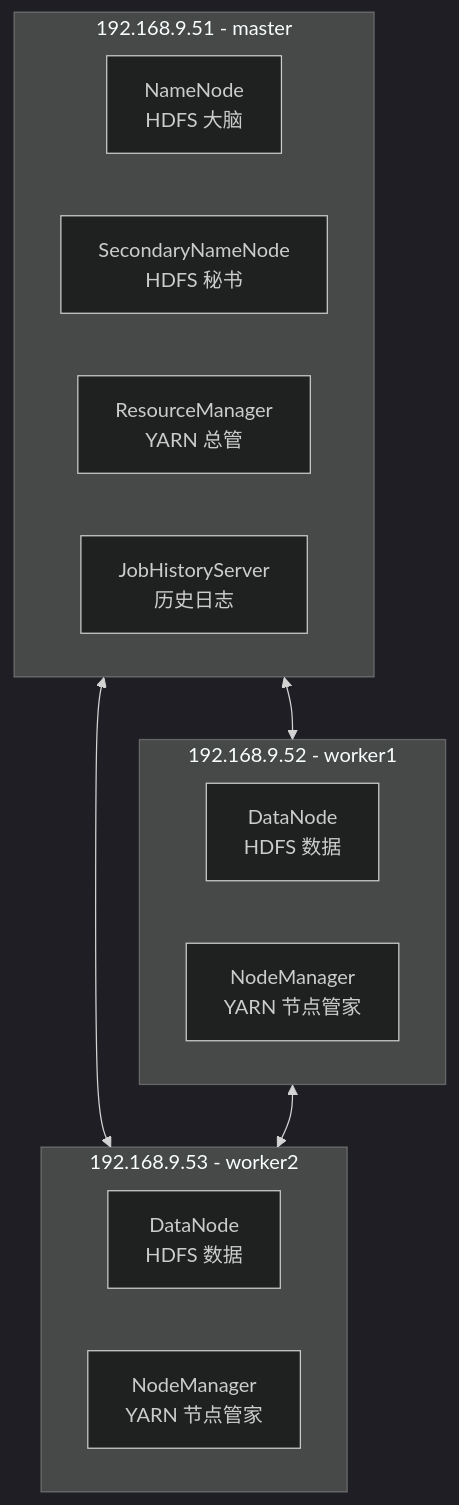
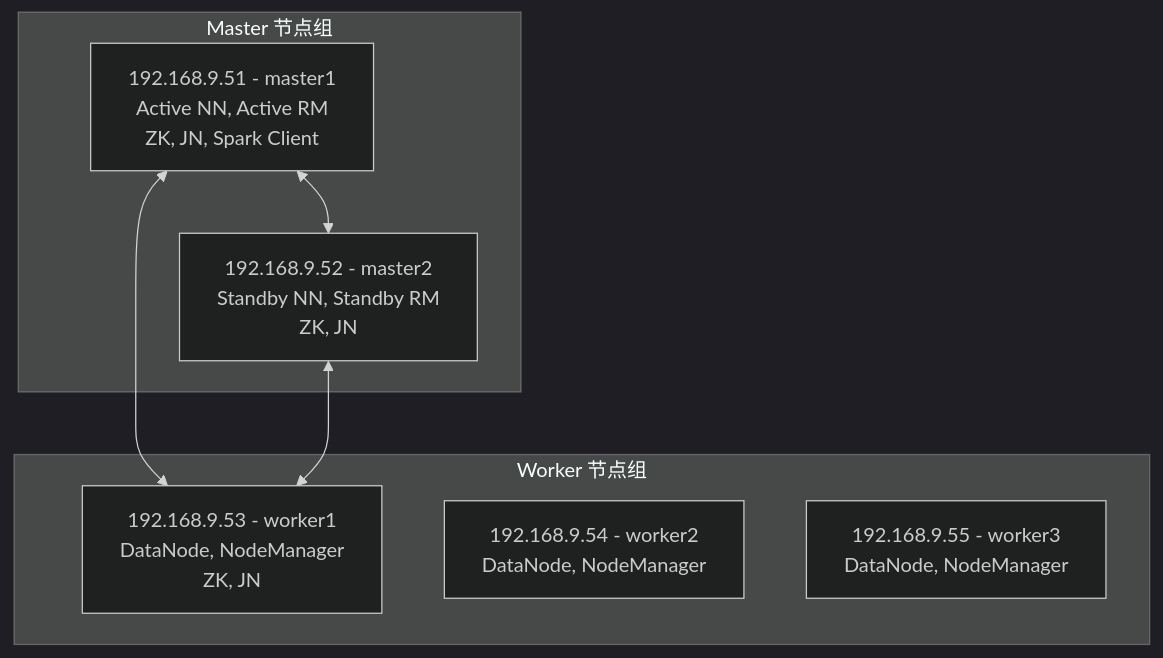
One commit to edenzh-gui/hadoop changed the diagram in Hadoop_Cluster_SOP.md. Above: the diagram before and after it, drawn with Mermaid (dark theme). The commit also changed other lines of this file and 1 other file, not shown here.

````diff
--- a/Hadoop_Cluster_SOP.md
+++ b/Hadoop_Cluster_SOP.md
@@ -12,23 +9,17 @@
 ```mermaid
 graph TD
-    subgraph Master [192.168.9.51 - master]
-        NN[NameNode<br/>HDFS 大脑]
-        SNN[SecondaryNameNode<br/>HDFS 秘书]
-        RM[ResourceManager<br/>YARN 总管]
-        JHS[JobHistoryServer<br/>历史日志]
+    subgraph Master 节点组
+        M1[192.168.9.51 - master1<br/>Active NN, Active RM<br/>ZK, JN, Spark Client]
+        M2[192.168.9.52 - master2<br/>Standby NN, Standby RM<br/>ZK, JN]
     end
 
-    subgraph Worker1 [192.168.9.52 - worker1]
-        DN1[DataNode<br/>HDFS 数据]
-        NM1[NodeManager<br/>YARN 节点管家]
+    subgraph Worker 节点组
+        W1[192.168.9.53 - worker1<br/>DataNode, NodeManager<br/>ZK, JN]
+        W2[192.168.9.54 - worker2<br/>DataNode, NodeManager]
+        W3[192.168.9.55 - worker3<br/>DataNode, NodeManager]
     end
 
-    subgraph Worker2 [192.168.9.53 - worker2]
-        DN2[DataNode<br/>HDFS 数据]
-        NM2[NodeManager<br/>YARN 节点管家]
-    end
-
-    Master <--> Worker1
-    Master <--> Worker2
-    Worker1 <--> Worker2
+    M1 <--> M2
+    M1 <--> W1
+    M2 <--> W1
 ```
````
